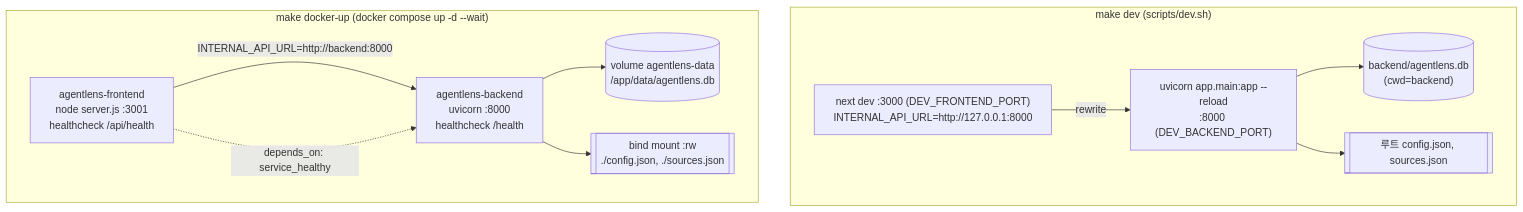
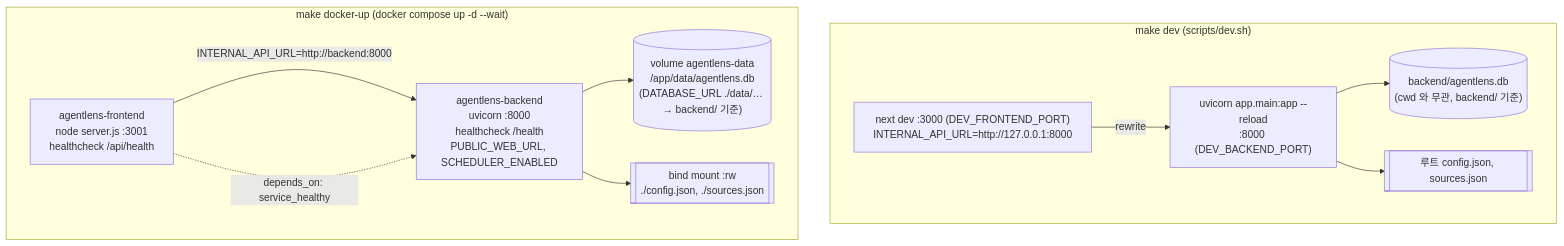
The second of 3 diagrams in docs/fullstack-architect/01_ARCHITECTURE_ADR.md (ozplayground/agent-lens), drawn with Mermaid before and after one commit. The commit also changed other lines of this file and 216 other files, not shown here.

````diff
--- a/docs/fullstack-architect/01_ARCHITECTURE_ADR.md
+++ b/docs/fullstack-architect/01_ARCHITECTURE_ADR.md
@@ -160,23 +179,23 @@
 ```mermaid
 flowchart TB
     subgraph Local ["make dev (scripts/dev.sh)"]
         LB["uvicorn app.main:app --reload<br/>:8000 (DEV_BACKEND_PORT)"]
         LF["next dev :3000 (DEV_FRONTEND_PORT)<br/>INTERNAL_API_URL=http://127.0.0.1:8000"]
-        LDB[("backend/agentlens.db<br/>(cwd=backend)")]
+        LDB[("backend/agentlens.db<br/>(cwd 와 무관, backend/ 기준)")]
         LCFG[["루트 config.json, sources.json"]]
         LF -->|"rewrite"| LB
         LB --> LDB
         LB --> LCFG
     end
 
     subgraph Docker ["make docker-up (docker compose up -d --wait)"]
         DF["agentlens-frontend<br/>node server.js :3001<br/>healthcheck /api/health"]
-        DBK["agentlens-backend<br/>uvicorn :8000<br/>healthcheck /health"]
-        VOL[("volume agentlens-data<br/>/app/data/agentlens.db")]
+        DBK["agentlens-backend<br/>uvicorn :8000<br/>healthcheck /health<br/>PUBLIC_WEB_URL, SCHEDULER_ENABLED"]
+        VOL[("volume agentlens-data<br/>/app/data/agentlens.db<br/>(DATABASE_URL ./data/… → backend/ 기준)")]
         BM[["bind mount :rw<br/>./config.json, ./sources.json"]]
         DF -->|"INTERNAL_API_URL=http://backend:8000"| DBK
         DF -.->|"depends_on: service_healthy"| DBK
         DBK --> VOL
         DBK --> BM
     end
 ```
````
